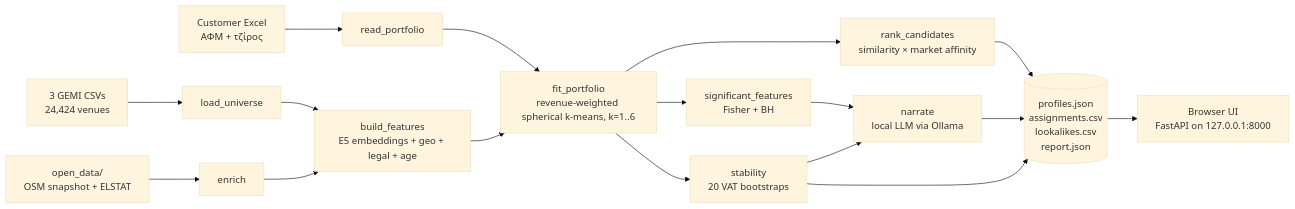
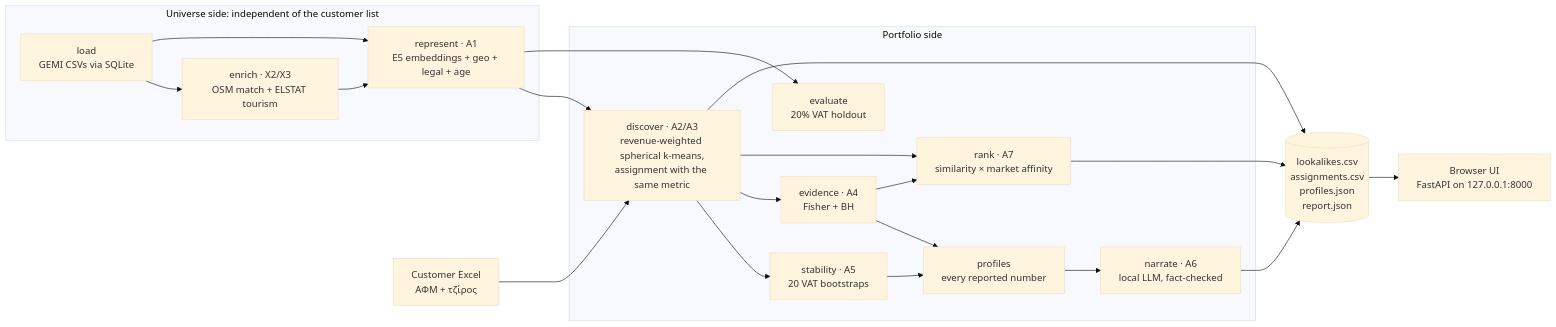
The diagram in docs/ARCHITECTURE.md (gribone/Archimedes2026), drawn with Mermaid (base theme) before and after one commit. The commit also changed other lines of this file and 9 other files, not shown here.

````diff
--- a/docs/ARCHITECTURE.md
+++ b/docs/ARCHITECTURE.md
@@ -7,19 +9,26 @@
 ```mermaid
 flowchart LR
-    XL[Customer Excel<br/>ΑΦΜ + τζίρος] --> P[read_portfolio]
-    CSV[3 GEMI CSVs<br/>24,424 venues] --> L[load_universe]
-    OD[open_data/<br/>OSM snapshot + ELSTAT] --> E[enrich]
-    L --> F[build_features<br/>E5 embeddings + geo + legal + age]
-    E --> F
-    P --> C[fit_portfolio<br/>revenue-weighted spherical k-means, k=1..6]
-    F --> C
-    C --> S[stability<br/>20 VAT bootstraps]
-    C --> V[significant_features<br/>Fisher + BH]
-    V --> N[narrate<br/>local LLM via Ollama]
-    S --> N
-    C --> R[rank_candidates<br/>similarity × market affinity]
-    R --> O[(profiles.json<br/>assignments.csv<br/>lookalikes.csv<br/>report.json)]
-    N --> O
-    S --> O
+    subgraph U[Universe side: independent of the customer list]
+        LO[load<br/>GEMI CSVs via SQLite] --> EN[enrich · X2/X3<br/>OSM match + ELSTAT tourism]
+        LO --> RE[represent · A1<br/>E5 embeddings + geo + legal + age]
+        EN --> RE
+    end
+    XL[Customer Excel<br/>ΑΦΜ + τζίρος] --> DI
+    subgraph P[Portfolio side]
+        DI[discover · A2/A3<br/>revenue-weighted spherical k-means,<br/>assignment with the same metric]
+        DI --> ST[stability · A5<br/>20 VAT bootstraps]
+        DI --> EV[evidence · A4<br/>Fisher + BH]
+        ST --> PR[profiles<br/>every reported number]
+        EV --> PR
+        EV --> RA[rank · A7<br/>similarity × market affinity]
+        DI --> RA
+        PR --> NA[narrate · A6<br/>local LLM, fact-checked]
+        DI ~~~ EVL[evaluate<br/>20% VAT holdout]
+    end
+    RE --> DI
+    RE --> EVL
+    RA --> O[(lookalikes.csv<br/>assignments.csv<br/>profiles.json<br/>report.json)]
+    NA --> O
+    DI --> O
     O --> UI[Browser UI<br/>FastAPI on 127.0.0.1:8000]
 ```
````
